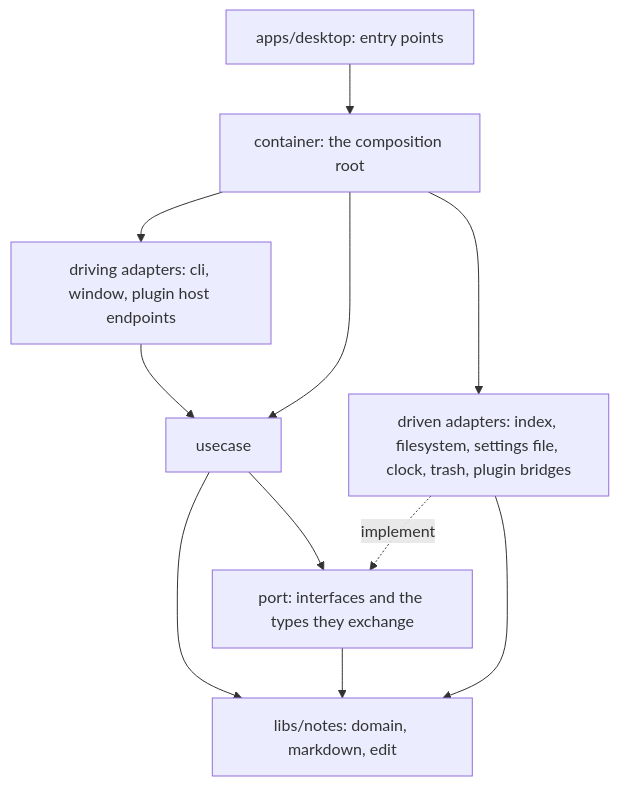
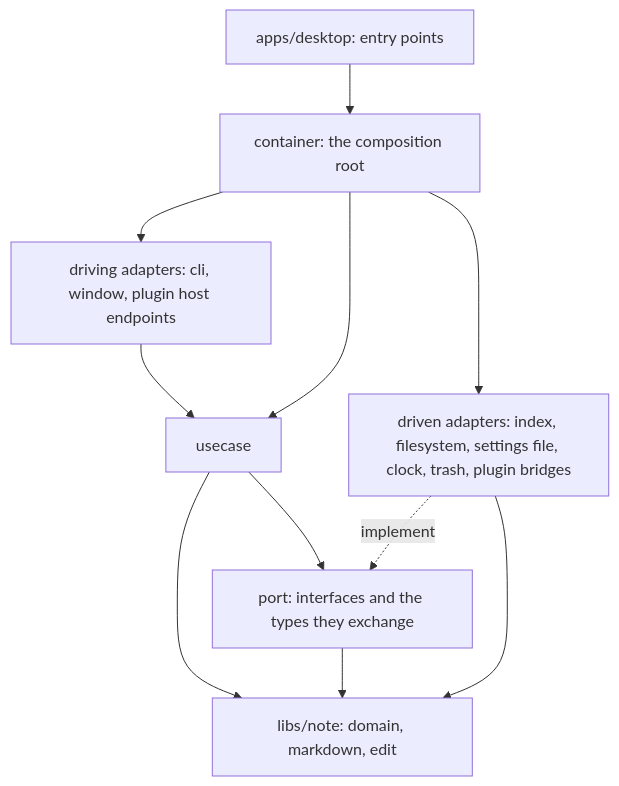
The diagram in .agents/skills/nm-place-core/SKILL.md (jiva-studio/numen), drawn with Mermaid before and after one commit. The commit also changed other lines of this file and 4348 other files, not shown here.

````diff
--- a/.agents/skills/nm-place-core/SKILL.md
+++ b/.agents/skills/nm-place-core/SKILL.md
@@ -18,13 +18,13 @@
 ```mermaid
 graph TD
     Driving["driving adapters: cli, window, plugin host endpoints"] --> UseCase["usecase"]
     UseCase --> Port["port: interfaces and the types they exchange"]
-    UseCase --> Domain["libs/notes: domain, markdown, edit"]
+    UseCase --> Domain["libs/note: domain, markdown, edit"]
     Port --> Domain
     Driven["driven adapters: index, filesystem, settings file, clock, trash, plugin bridges"] -. "implement" .-> Port
     Driven --> Domain
     Root["container: the composition root"] --> Driving
     Root --> UseCase
     Root --> Driven
     App["apps/desktop: entry points"] --> Root
 ```
````
